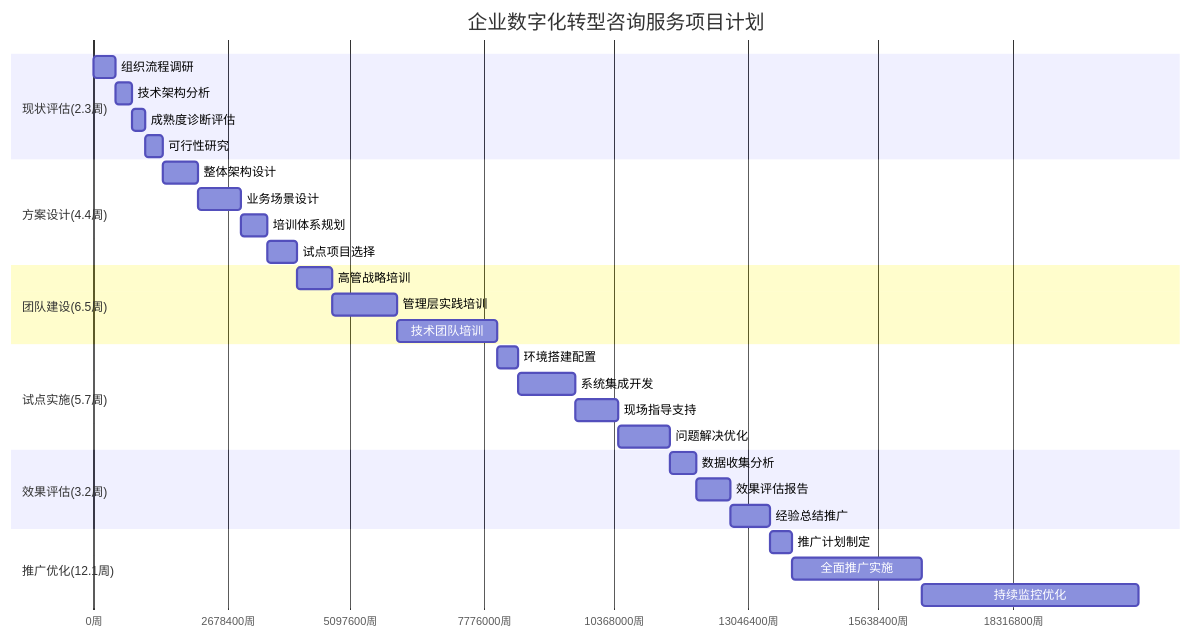
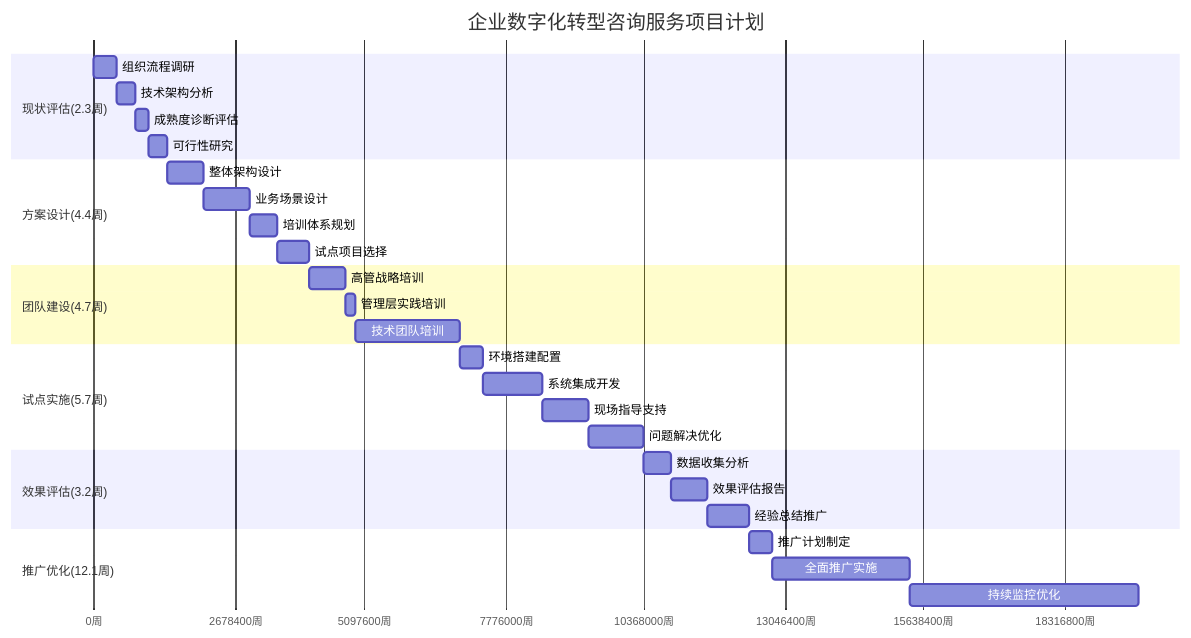
Before and after one commit to chuanminglu/aiworkdocs: the second of 3 diagrams in 广州集装箱/AI赋能企业DevOps流程数字化转型解决方案.md, drawn with Mermaid. The commit also changed other lines of this file, not shown here.

````diff
--- a/广州集装箱/AI赋能企业DevOps流程数字化转型解决方案.md
+++ b/广州集装箱/AI赋能企业DevOps流程数字化转型解决方案.md
@@ -857,39 +857,39 @@
 ```mermaid
 gantt
     title 企业数字化转型咨询服务项目计划
     dateFormat X
     axisFormat %s周
     
     section 现状评估(2.3周)
     组织流程调研            :eval1, 0, 5d
     技术架构分析            :eval2, after eval1, 4d
     成熟度诊断评估          :eval3, after eval2, 3d
     可行性研究              :eval4, after eval3, 4d
   
     section 方案设计(4.4周)
     整体架构设计            :design1, after eval4, 8d
     业务场景设计            :design2, after design1, 10d
     培训体系规划            :design3, after design2, 6d
     试点项目选择            :design4, after design3, 7d
   
-    section 团队建设(6.5周)
+    section 团队建设(4.7周)
     高管战略培训            :train1, after design4, 8d
-    管理层实践培训          :train2, after train1, 15d
+    管理层实践培训          :train2, after train1, 2d
     技术团队培训            :train3, after train2, 23d
   
     section 试点实施(5.7周)
     环境搭建配置            :pilot1, after train3, 5d
     系统集成开发            :pilot2, after pilot1, 13d
     现场指导支持            :pilot3, after pilot2, 10d
     问题解决优化            :pilot4, after pilot3, 12d
   
     section 效果评估(3.2周)
     数据收集分析            :eval5, after pilot4, 6d
     效果评估报告            :eval6, after eval5, 8d
     经验总结推广            :eval7, after eval6, 9d
   
     section 推广优化(12.1周)
     推广计划制定            :opt1, after eval7, 5d
     全面推广实施            :opt2, after opt1, 30d
     持续监控优化            :opt3, after opt2, 50d
 ```
````
